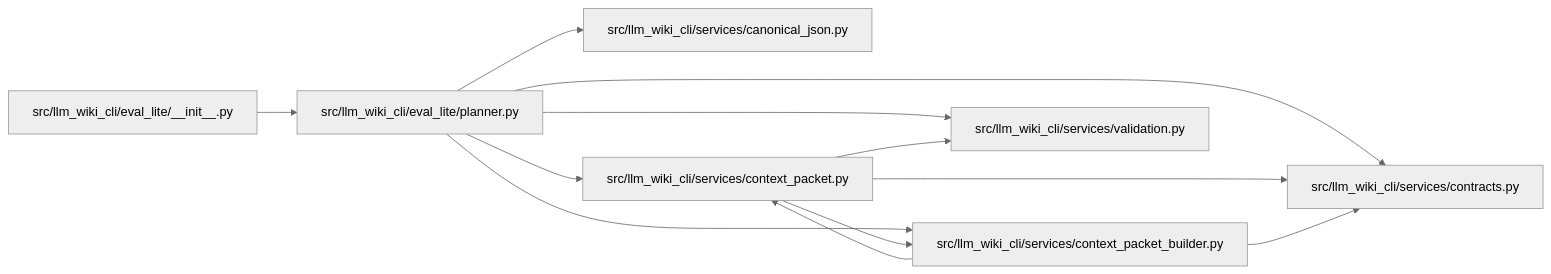
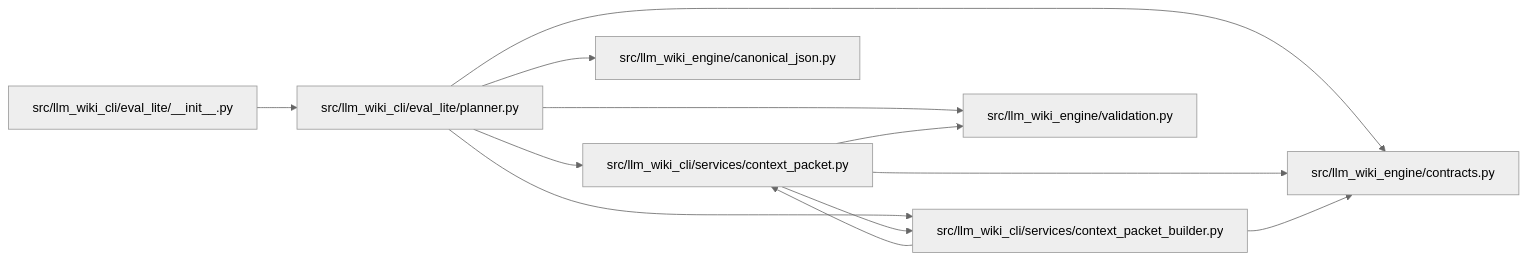
Before and after one commit to Denissvgn/python-wiki-llm: the diagram in docs/llm_wiki/modules/planner.md, drawn with Mermaid (neutral theme). The commit also changed other lines of this file and 1103 other files, not shown here.

First line of the commit message:
docs: refresh the wiki for the llm-wiki-engine distribution

````diff
--- a/docs/llm_wiki/modules/planner.md
+++ b/docs/llm_wiki/modules/planner.md
@@ -37,28 +37,28 @@
 ```mermaid
 flowchart LR
     n0["src/llm_wiki_cli/eval_lite/__init__.py"]
     n1["src/llm_wiki_cli/eval_lite/planner.py"]
-    n2["src/llm_wiki_cli/services/canonical_json.py"]
-    n3["src/llm_wiki_cli/services/context_packet.py"]
-    n4["src/llm_wiki_cli/services/context_packet_builder.py"]
-    n5["src/llm_wiki_cli/services/contracts.py"]
-    n6["src/llm_wiki_cli/services/validation.py"]
+    n2["src/llm_wiki_cli/services/context_packet.py"]
+    n3["src/llm_wiki_cli/services/context_packet_builder.py"]
+    n4["src/llm_wiki_engine/canonical_json.py"]
+    n5["src/llm_wiki_engine/contracts.py"]
+    n6["src/llm_wiki_engine/validation.py"]
     n0 --> n1
     n1 --> n2
     n1 --> n3
     n1 --> n4
     n1 --> n5
     n1 --> n6
-    n3 --> n4
+    n2 --> n3
+    n2 --> n5
+    n2 --> n6
+    n3 --> n2
     n3 --> n5
-    n3 --> n6
-    n4 --> n3
-    n4 --> n5
     click n0 "../modules/eval_lite___init__.md"
     click n1 "../modules/planner.md"
-    click n2 "../modules/canonical_json.md"
-    click n3 "../modules/context_packet.md"
-    click n4 "../modules/context_packet_builder.md"
-    click n5 "../modules/services_contracts.md"
+    click n2 "../modules/context_packet.md"
+    click n3 "../modules/context_packet_builder.md"
+    click n4 "../modules/canonical_json.md"
+    click n5 "../modules/llm_wiki_engine_contracts.md"
     click n6 "../modules/validation.md"
 ```
````
